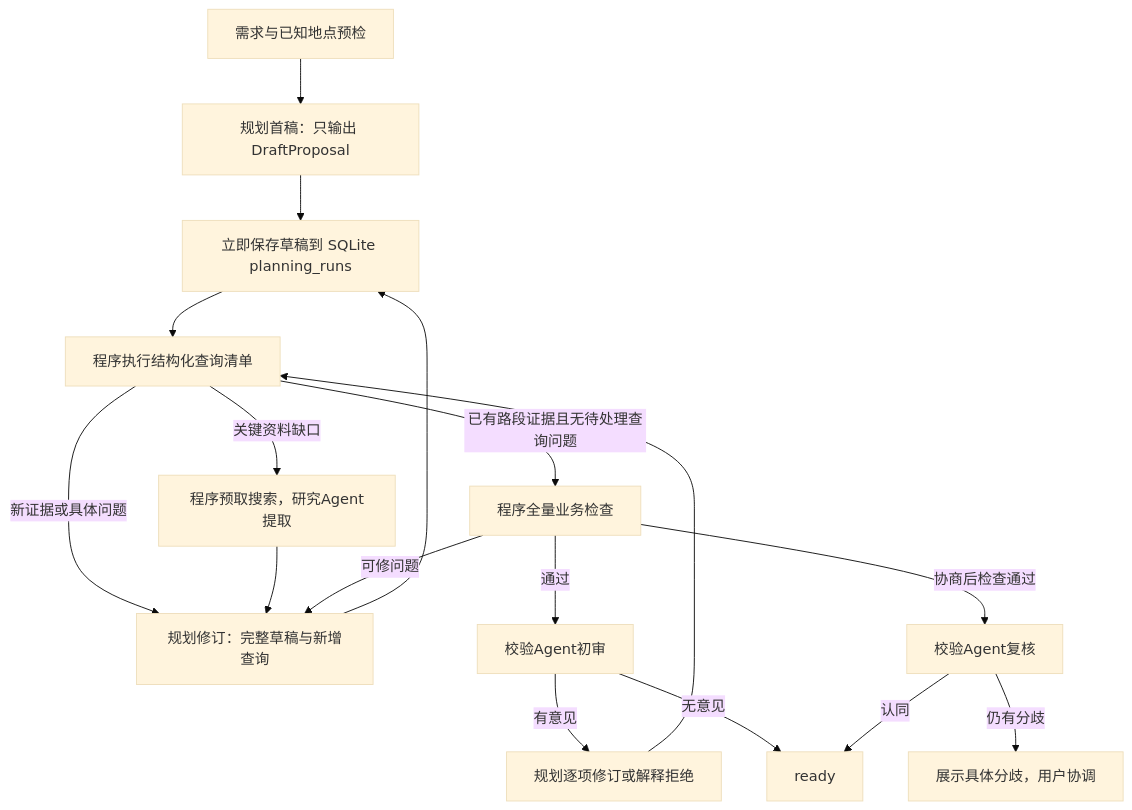
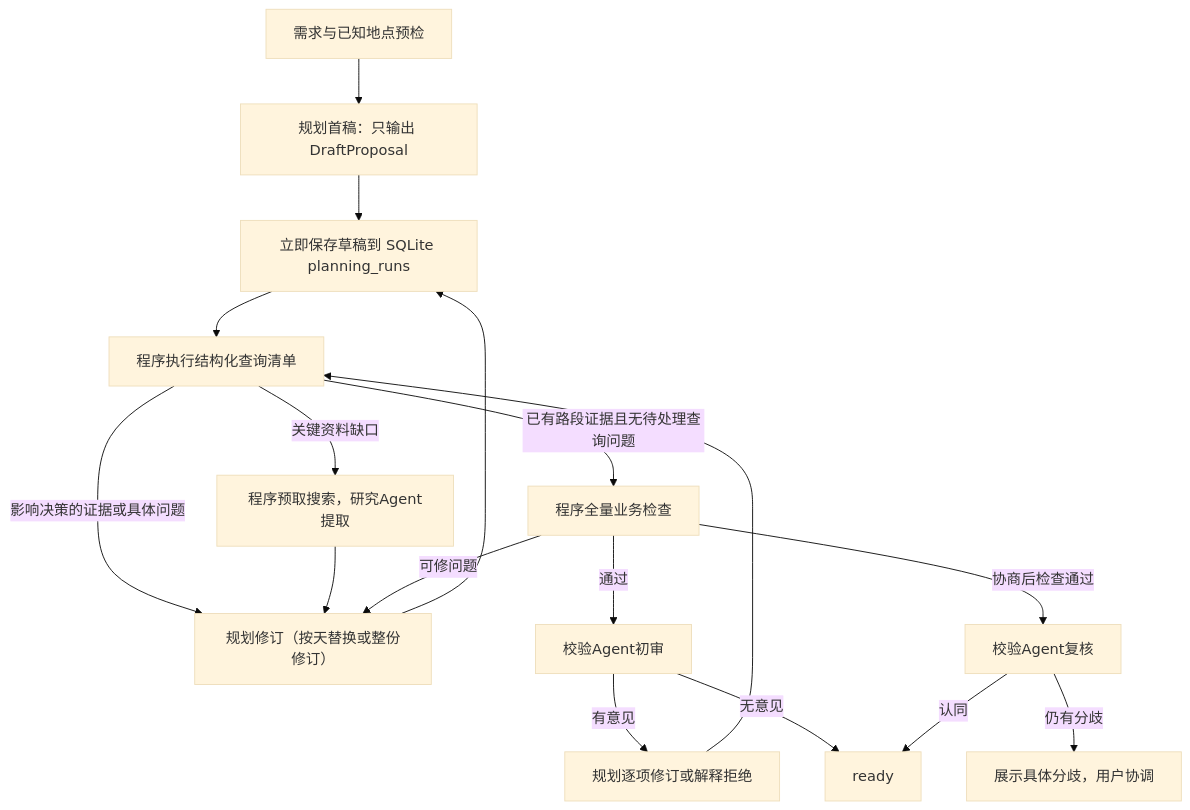
One commit to Yakuso234/TripWeave changed the diagram in docs/DRAFT_FIRST_FLOW.md. Above: the diagram before and after it, drawn with Mermaid (base theme). The commit also changed other lines of this file and 31 other files, not shown here.

````diff
--- a/docs/DRAFT_FIRST_FLOW.md
+++ b/docs/DRAFT_FIRST_FLOW.md
@@ -7,19 +9,19 @@
 ```mermaid
 flowchart TD
     A[需求与已知地点预检] --> B[规划首稿：只输出 DraftProposal]
     B --> P[立即保存草稿到 SQLite planning_runs]
     P --> C[程序执行结构化查询清单]
     C -->|关键资料缺口| R[程序预取搜索，研究Agent提取]
-    C -->|新证据或具体问题| D[规划修订：完整草稿与新增查询]
+    C -->|影响决策的证据或具体问题| D[规划修订（按天替换或整份修订）]
     R --> D
     D --> P
     C -->|已有路段证据且无待处理查询问题| V[程序全量业务检查]
     V -->|可修问题| D
     V -->|通过| Q[校验Agent初审]
     Q -->|有意见| N[规划逐项修订或解释拒绝]
     N --> C
     Q -->|无意见| Y[ready]
     V -->|协商后检查通过| F[校验Agent复核]
     F -->|认同| Y
     F -->|仍有分歧| U[展示具体分歧，用户协调]
 ```
````
